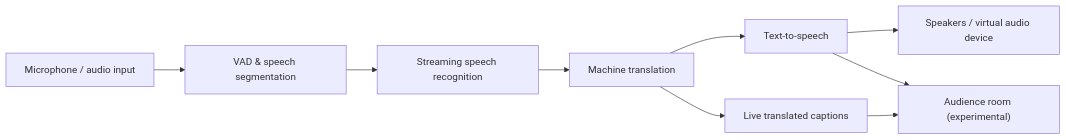
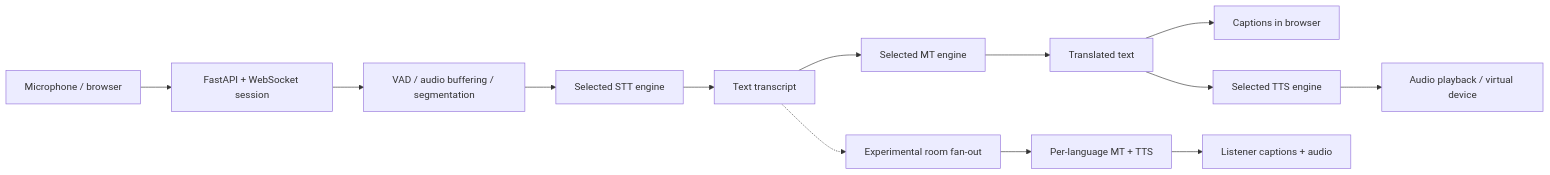
Before and after one commit to brusnyak/bp: the diagram in README.md, drawn with Mermaid. The commit also changed other lines of this file, not shown here.

````diff
--- a/README.md
+++ b/README.md
@@ -27,11 +29,15 @@
 ```mermaid
 flowchart LR
-    A["Microphone / audio input"] --> B["VAD & speech segmentation"]
-    B --> C["Streaming speech recognition"]
-    C --> D["Machine translation"]
-    D --> E["Text-to-speech"]
-    D --> F["Live translated captions"]
-    E --> G["Speakers / virtual audio device"]
-    E --> H["Audience room (experimental)"]
-    F --> H
+    A["Microphone / browser"] --> B["FastAPI + WebSocket session"]
+    B --> C["VAD / audio buffering / segmentation"]
+    C --> D["Selected STT engine"]
+    D --> E["Text transcript"]
+    E --> F["Selected MT engine"]
+    F --> G["Translated text"]
+    G --> H["Captions in browser"]
+    G --> I["Selected TTS engine"]
+    I --> J["Audio playback / virtual device"]
+    E -.-> K["Experimental room fan-out"]
+    K --> L["Per-language MT + TTS"]
+    L --> M["Listener captions + audio"]
 ```
````
